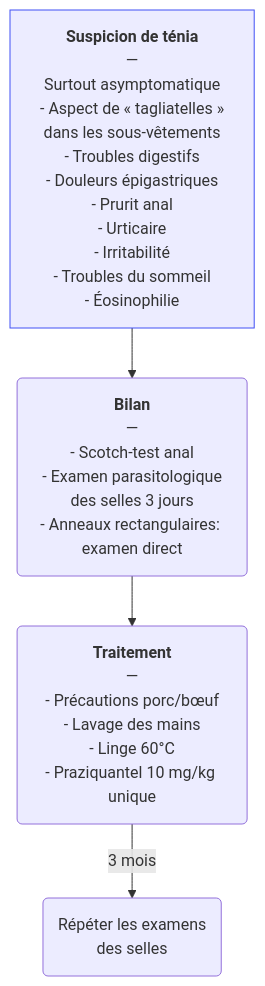
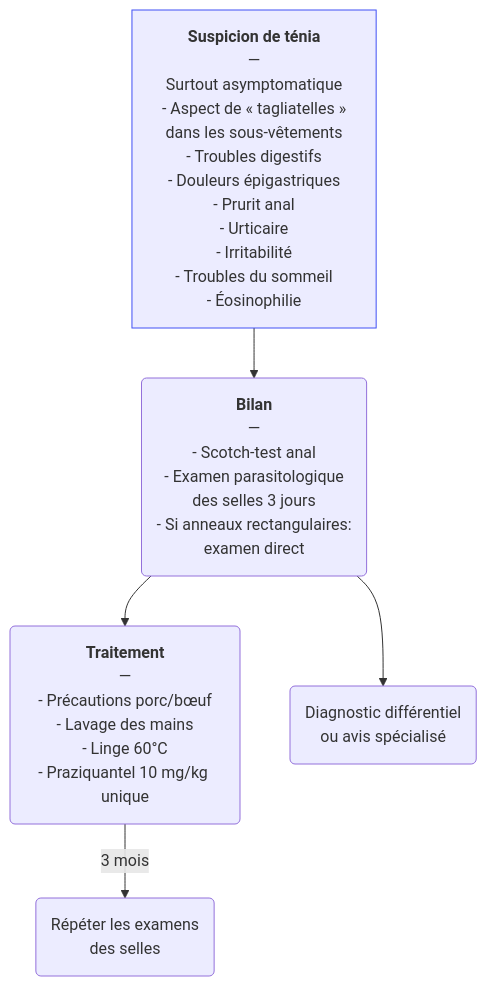
Before and after one commit to djibe/recommandations-medicales: the diagram in content/recommandations/tenia.md, drawn with Mermaid. The commit also changed 15 other files, not shown here.

Commit message:
New flowchart

```diff
--- a/content/recommandations/tenia.md
+++ b/content/recommandations/tenia.md
@@ -103,5 +103,6 @@
 {{< mermaid title="Prise en charge du ténia par le médecin généraliste. Dr JB Fron d'après Collèges 2022" >}}
 graph TB
-  suspicion["<b>Suspicion de ténia</b><br>—<br>Surtout asymptomatique<br>- Aspect de « tagliatelles »<br>dans les sous-vêtements<br>- Troubles digestifs<br>- Douleurs épigastriques<br>- Prurit anal<br>- Urticaire<br>- Irritabilité<br>- Troubles du sommeil<br>- Éosinophilie"] --> bilan("<b>Bilan</b><br>—<br>- Scotch-test anal<br>- Examen parasitologique<br>des selles 3 jours<br>- Anneaux rectangulaires: examen direct") --> traitement("<b>Traitement</b><br>—<br>- Précautions porc/bœuf<br>- Lavage des mains<br>- Linge 60°C<br>- Praziquantel 10 mg/kg unique") -- 3 mois --> contrôle("Répéter les examens<br>des selles")
+  suspicion["<b>Suspicion de ténia</b><br>—<br>Surtout asymptomatique<br>- Aspect de « tagliatelles »<br>dans les sous-vêtements<br>- Troubles digestifs<br>- Douleurs épigastriques<br>- Prurit anal<br>- Urticaire<br>- Irritabilité<br>- Troubles du sommeil<br>- Éosinophilie"] --> bilan("<b>Bilan</b><br>—<br>- Scotch-test anal<br>- Examen parasitologique<br>des selles 3 jours<br>- Si anneaux rectangulaires:<br>examen direct") --> traitement("<b>Traitement</b><br>—<br>- Précautions porc/bœuf<br>- Lavage des mains<br>- Linge 60°C<br>- Praziquantel 10 mg/kg unique") -- 3 mois --> contrôle("Répéter les examens<br>des selles")
+    bilan --> différentiel("Diagnostic différentiel<br>ou avis spécialisé")
   style suspicion stroke:#4150f5, stroke-width:1px
 {{< /mermaid >}}
```
